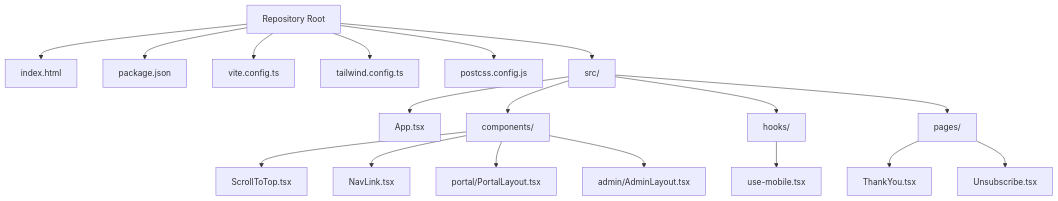
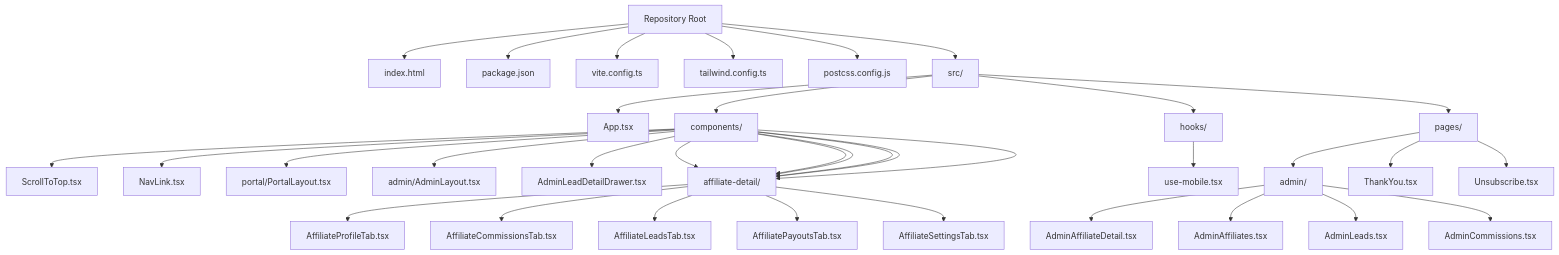
Before and after one commit to Hawky1/ryland: the first of 12 diagrams in .qoder/repowiki/en/content/Pages & Routing/Pages & Routing.md, drawn with Mermaid. The commit also changed other lines of this file and 15 other files, not shown here.

````diff
--- a/.qoder/repowiki/en/content/Pages & Routing/Pages & Routing.md
+++ b/.qoder/repowiki/en/content/Pages & Routing/Pages & Routing.md
@@ -70,20 +83,32 @@
 ```mermaid
 graph TB
 Root["Repository Root"] --> HTML["index.html"]
 Root --> Pkg["package.json"]
 Root --> ViteCfg["vite.config.ts"]
 Root --> TailwindCfg["tailwind.config.ts"]
 Root --> PostCSS["postcss.config.js"]
 Root --> Src["src/"]
 Src --> App["App.tsx"]
 Src --> Comps["components/"]
 Comps --> ScrollToTop["ScrollToTop.tsx"]
 Comps --> NavLink["NavLink.tsx"]
 Comps --> PortalLayout["portal/PortalLayout.tsx"]
 Comps --> AdminLayout["admin/AdminLayout.tsx"]
+Comps --> AdminLeadDetailDrawer["AdminLeadDetailDrawer.tsx"]
+Comps --> AffiliateDetailTabs["affiliate-detail/"]
+Comps --> AffiliateDetailTabs --> ProfileTab["AffiliateProfileTab.tsx"]
+Comps --> AffiliateDetailTabs --> CommissionsTab["AffiliateCommissionsTab.tsx"]
+Comps --> AffiliateDetailTabs --> LeadsTab["AffiliateLeadsTab.tsx"]
+Comps --> AffiliateDetailTabs --> PayoutsTab["AffiliatePayoutsTab.tsx"]
+Comps --> AffiliateDetailTabs --> SettingsTab["AffiliateSettingsTab.tsx"]
 Src --> Hooks["hooks/"]
 Hooks --> UseMobile["use-mobile.tsx"]
 Src --> Pages["pages/"]
+Pages --> AdminPages["admin/"]
+AdminPages --> AdminAffiliateDetail["AdminAffiliateDetail.tsx"]
+AdminPages --> AdminAffiliates["AdminAffiliates.tsx"]
+AdminPages --> AdminLeads["AdminLeads.tsx"]
+AdminPages --> AdminCommissions["AdminCommissions.tsx"]
 Pages --> ThankYou["ThankYou.tsx"]
 Pages --> Unsubscribe["Unsubscribe.tsx"]
 ```
````
